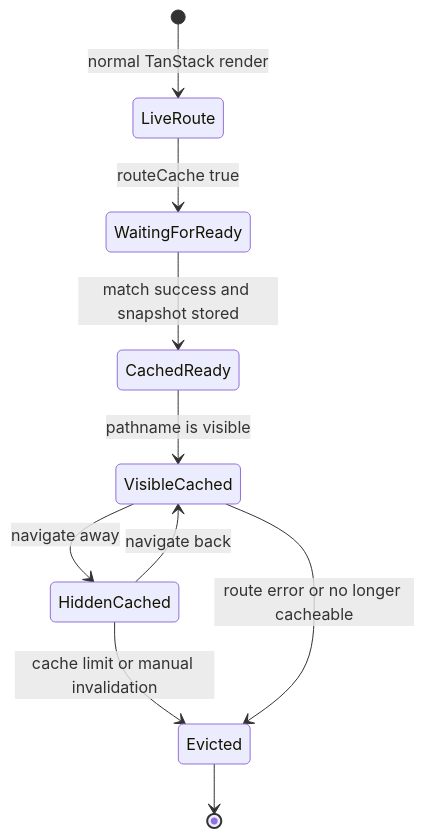
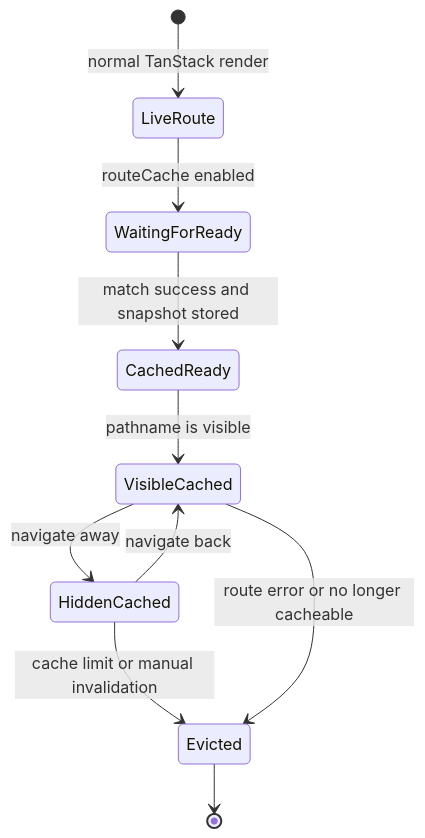
Before and after one commit to santiago-ramos-02/tanstack-router-cache: the second of 15 diagrams in docs/architecture.md, drawn with Mermaid. The commit also changed other lines of this file and 4 other files, not shown here.

Commit message:
docs: document route cache options

````diff
--- a/docs/architecture.md
+++ b/docs/architecture.md
@@ -50,12 +50,12 @@
 ```mermaid
 stateDiagram-v2
   [*] --> LiveRoute: normal TanStack render
-  LiveRoute --> WaitingForReady: routeCache true
+  LiveRoute --> WaitingForReady: routeCache enabled
   WaitingForReady --> CachedReady: match success and snapshot stored
   CachedReady --> VisibleCached: pathname is visible
   VisibleCached --> HiddenCached: navigate away
   HiddenCached --> VisibleCached: navigate back
   HiddenCached --> Evicted: cache limit or manual invalidation
   VisibleCached --> Evicted: route error or no longer cacheable
   Evicted --> [*]
 ```
````
